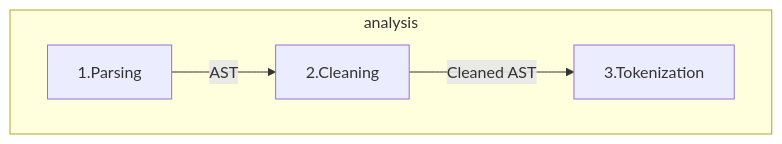
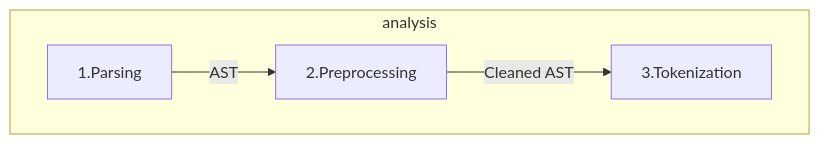
Before and after one commit to tassiLuca/code-plagiarism-detector-presentation: the second of 3 diagrams in content/_index.md, drawn with Mermaid. The commit also changed other lines of this file and 1 other file, not shown here.

````diff
--- a/content/_index.md
+++ b/content/_index.md
@@ -95,8 +100,8 @@
 ```mermaid
 flowchart TB
     subgraph analysis
     direction LR
-        Parsing[1.Parsing] -- AST --> Cleaning[2.Cleaning]
-        Cleaning -- Cleaned AST --> Tokenization[3.Tokenization]
+        Parsing[1.Parsing] -- AST --> Preprocess[2.Preprocessing]
+        Preprocess -- Cleaned AST --> Tokenization[3.Tokenization]
     end
 ```
````
